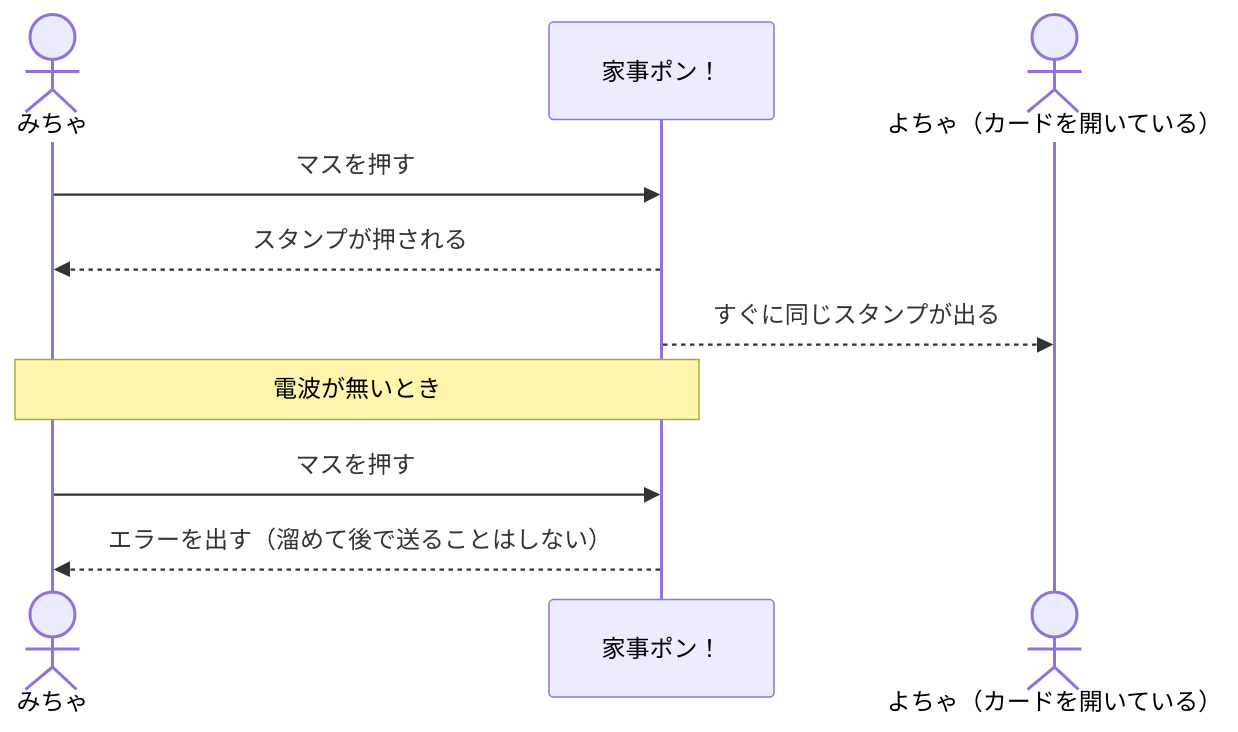
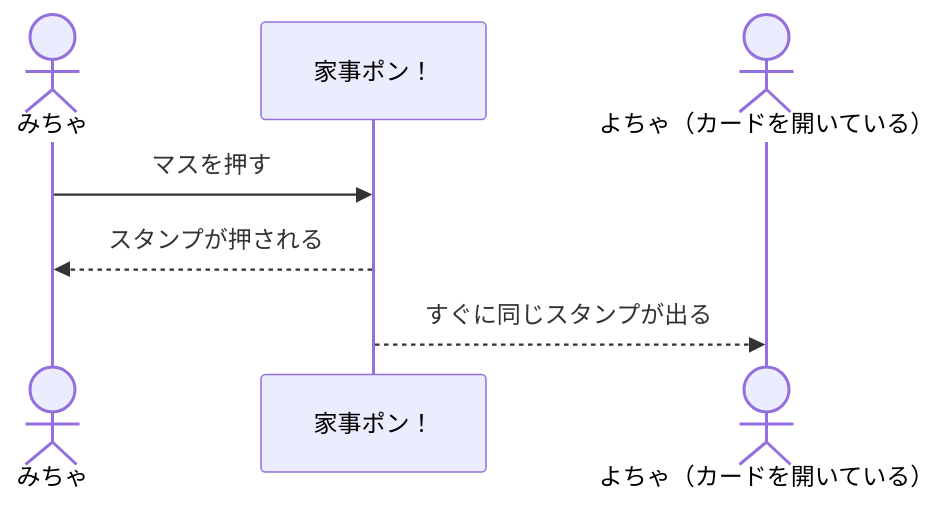
Before and after one commit to nagiurrrr/kaji-pon: the third of 3 diagrams in docs/02_system-requirements.md, drawn with Mermaid. The commit also changed other lines of this file and 3 other files, not shown here.

````diff
--- a/docs/02_system-requirements.md
+++ b/docs/02_system-requirements.md
@@ -7,14 +71,10 @@
 ```mermaid
 sequenceDiagram
   actor A as みちゃ
   participant S as 家事ポン！
   actor B as よちゃ（カードを開いている）
 
   A->>S: マスを押す
   S-->>A: スタンプが押される
   S-->>B: すぐに同じスタンプが出る
-
-  Note over A,S: 電波が無いとき
-  A->>S: マスを押す
-  S-->>A: エラーを出す（溜めて後で送ることはしない）
 ```
````
